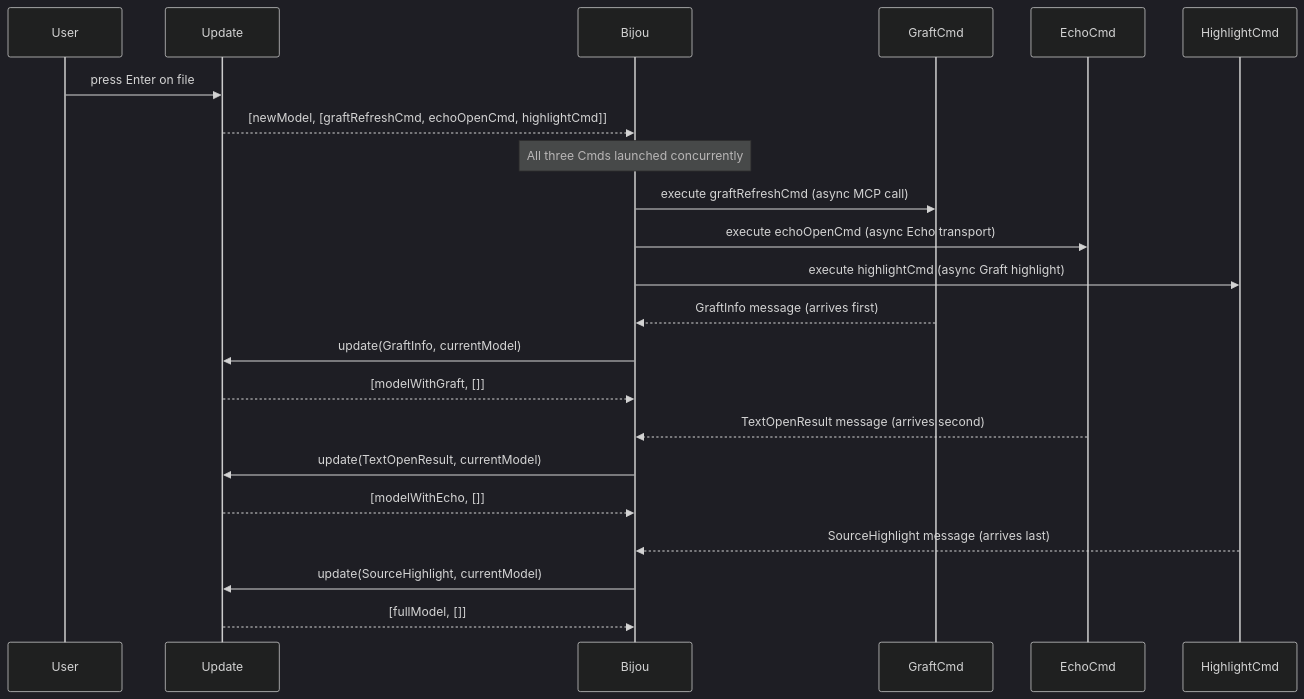
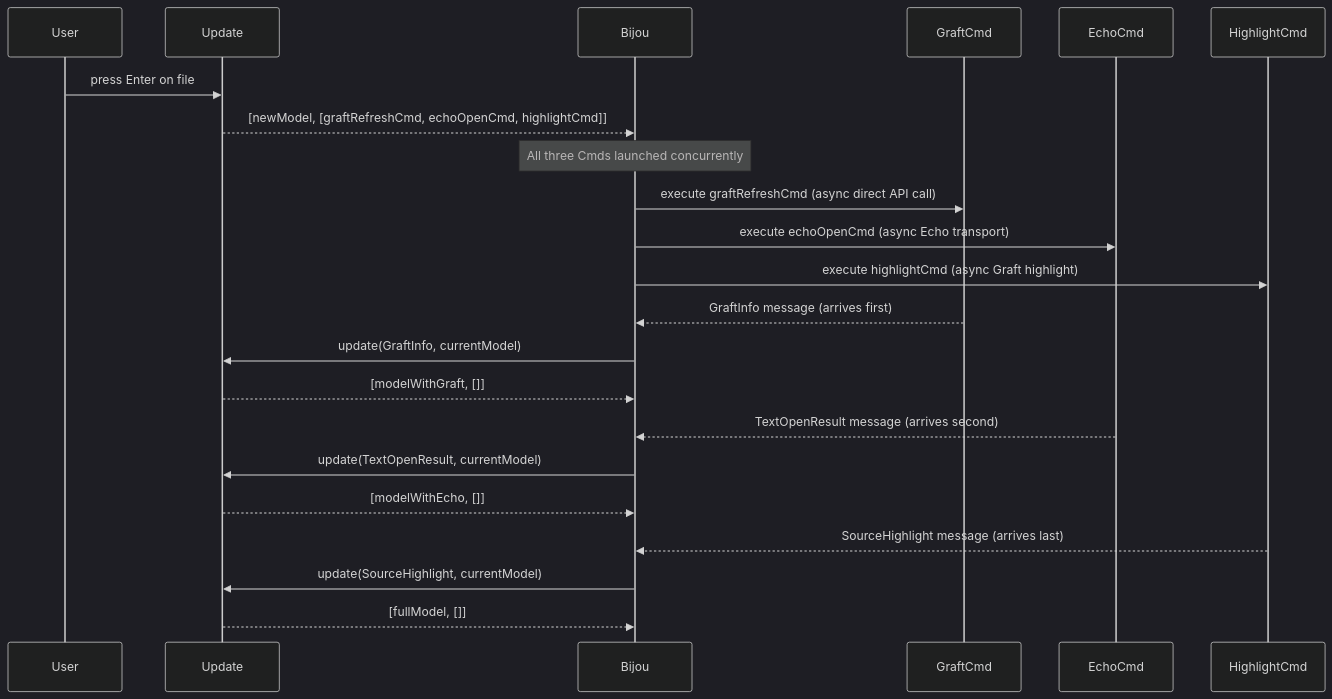
The sixth of 21 diagrams in docs/technical-teardown.md (flyingrobots/jedit), drawn with Mermaid (dark theme) before and after one commit. The commit also changed other lines of this file and 51 other files, not shown here.

````diff
--- a/docs/technical-teardown.md
+++ b/docs/technical-teardown.md
@@ -391,25 +391,25 @@
 ```mermaid
 sequenceDiagram
     participant User
     participant Update
     participant Bijou
     participant Graft as GraftCmd
     participant Echo as EchoCmd
     participant HL as HighlightCmd
 
     User->>Update: press Enter on file
     Update-->>Bijou: [newModel, [graftRefreshCmd, echoOpenCmd, highlightCmd]]
     Note over Bijou: All three Cmds launched concurrently
-    Bijou->>Graft: execute graftRefreshCmd (async MCP call)
+    Bijou->>Graft: execute graftRefreshCmd (async direct API call)
     Bijou->>Echo: execute echoOpenCmd (async Echo transport)
     Bijou->>HL: execute highlightCmd (async Graft highlight)
     Graft-->>Bijou: GraftInfo message (arrives first)
     Bijou->>Update: update(GraftInfo, currentModel)
     Update-->>Bijou: [modelWithGraft, []]
     Echo-->>Bijou: TextOpenResult message (arrives second)
     Bijou->>Update: update(TextOpenResult, currentModel)
     Update-->>Bijou: [modelWithEcho, []]
     HL-->>Bijou: SourceHighlight message (arrives last)
     Bijou->>Update: update(SourceHighlight, currentModel)
     Update-->>Bijou: [fullModel, []]
 ```
````
